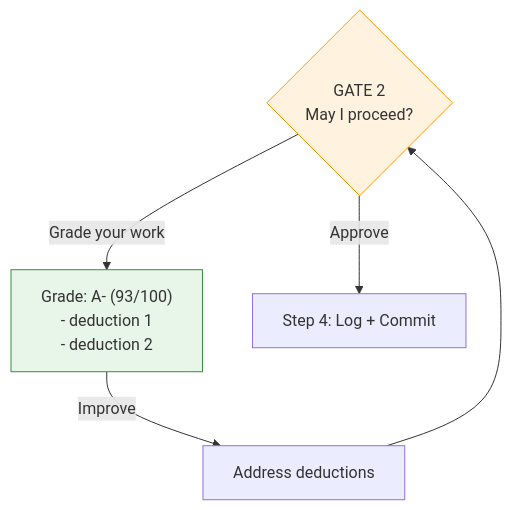
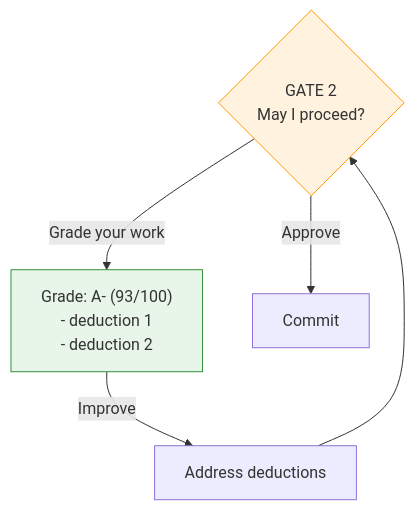
One commit to binaryphile/tandem-protocol changed the first of 2 diagrams in FEATURES.md. Above: the diagram before and after it, drawn with Mermaid. The commit also changed other lines of this file and 36 other files, not shown here.

````diff
--- a/FEATURES.md
+++ b/FEATURES.md
@@ -7,10 +7,10 @@
 ```mermaid
 flowchart TD
     G2{"GATE 2<br/>May I proceed?"} -->|"Grade your work"| GRADE["Grade: A- (93/100)<br/>- deduction 1<br/>- deduction 2"]
     GRADE -->|"Improve"| IMPROVE["Address deductions"]
     IMPROVE --> G2
-    G2 -->|"Approve"| S4["Step 4: Log + Commit"]
+    G2 -->|"Approve"| S4["Commit"]
 
     style G2 fill:#fff3e0,stroke:#ff9800
     style GRADE fill:#e8f5e9,stroke:#388e3c
 ```
````
